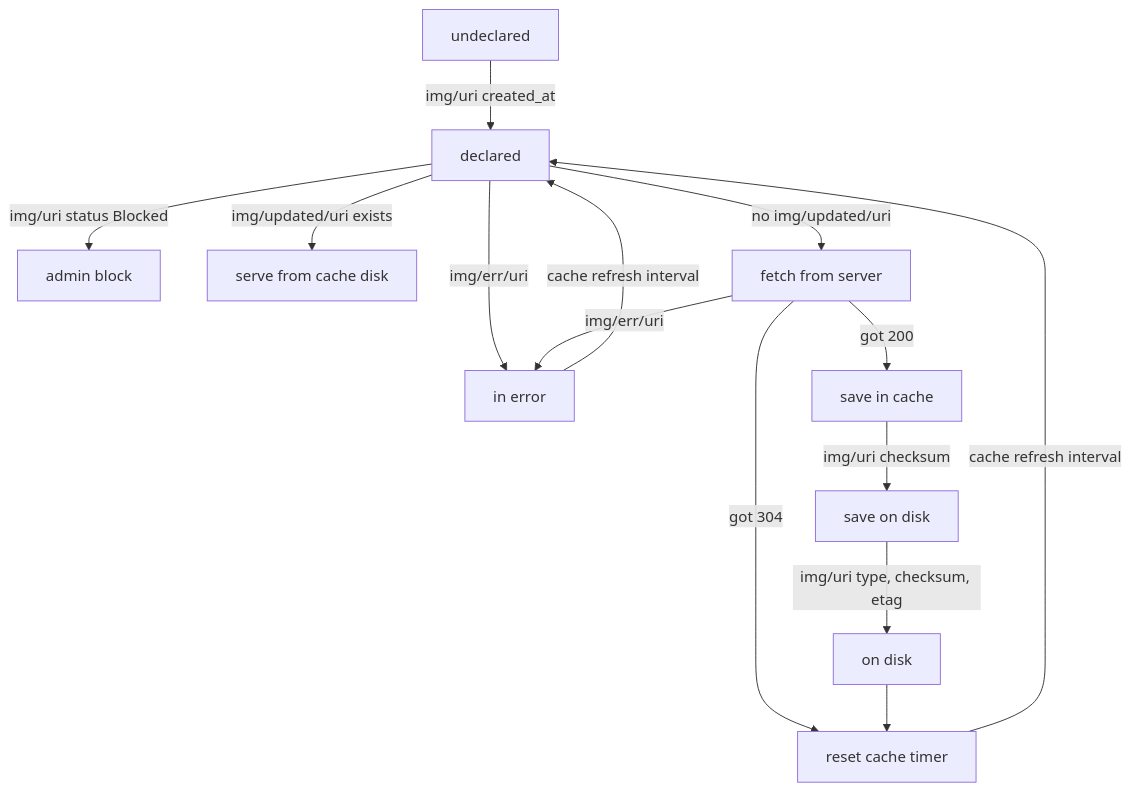
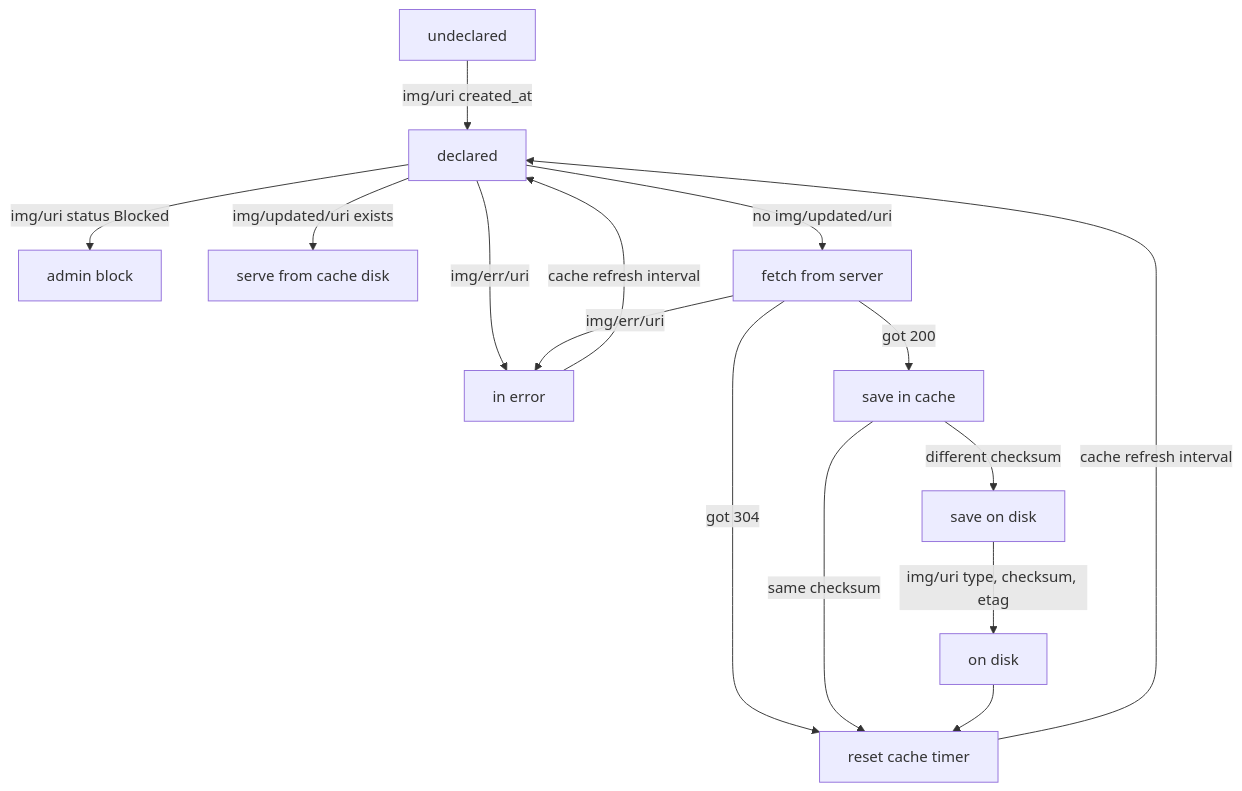
Before and after one commit to linuxfrorg/img-LinuxFr.org: the second of 2 diagrams in README.md, drawn with Mermaid.

Commit message:
Explicit checksum effect on cache

````diff
--- a/README.md
+++ b/README.md
@@ -91,16 +91,17 @@
 ```mermaid
 graph TD
   A[ undeclared ] -->|img/uri created_at| B[declared]
   B --> |img/uri status Blocked| C[ admin block]
   B --> |img/err/uri| D[ in error ]
   D --> |cache refresh interval| B
   B --> |img/updated/uri exists| E[ serve from cache disk]
   B --> |no img/updated/uri| F[fetch from server]
   F --> |got 304| G[reset cache timer]
   F --> |got 200| H[save in cache]  
   F --> |img/err/uri| D
-  H --> |img/uri checksum| I[save on disk]
+  H --> |different checksum| I[save on disk]
+  H --> |same checksum| G
   I --> |img/uri type, checksum, etag| J[on disk]
   J --> G
   G --> |cache refresh interval| B
 ```
````
